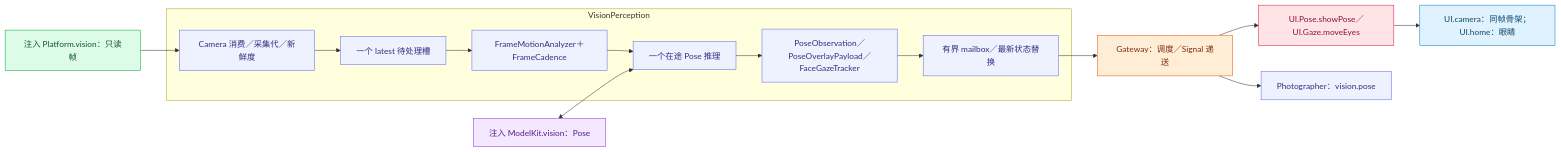
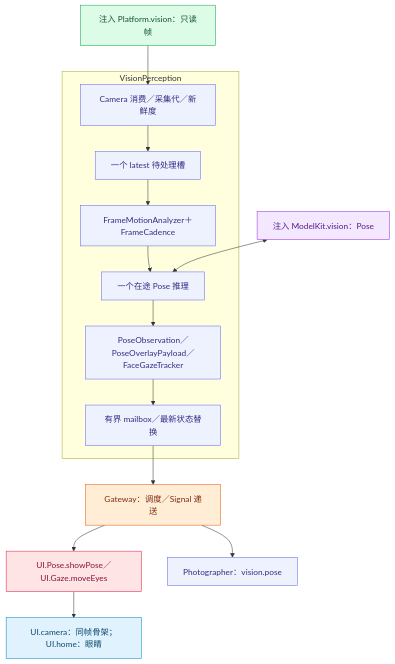
The second of 2 diagrams in MobileHarness/Agents/VisionPerception/README.md (devilyouwei/MobileHarness), drawn with Mermaid before and after one commit. The commit also changed 115 other files, not shown here.

````diff
--- a/MobileHarness/Agents/VisionPerception/README.md
+++ b/MobileHarness/Agents/VisionPerception/README.md
@@ -64,27 +64,27 @@
 ```mermaid
-flowchart LR
+flowchart TB
  P["注入 Platform.vision：只读帧"]:::platform
  M["注入 ModelKit.vision：Pose"]:::model
  subgraph Role["VisionPerception"]
  N["Camera 消费／采集代／新鲜度"]:::agent
  L["一个 latest 待处理槽"]:::agent
  C["FrameMotionAnalyzer＋FrameCadence"]:::agent
  I["一个在途 Pose 推理"]:::agent
  O["PoseObservation／PoseOverlayPayload／FaceGazeTracker"]:::agent
  Q["有界 mailbox／最新状态替换"]:::agent
  end
  P --> N --> L --> C --> I --> O --> Q
  M <--> I
  Q --> G["Gateway：调度／Signal 递送"]:::gateway
  G --> X["UI.Pose.showPose／UI.Gaze.moveEyes"]:::action
  X --> U["UI.camera：同帧骨架；UI.home：眼睛"]:::ui
  G --> PH["Photographer：vision.pose"]:::agent
  classDef ui fill:#e0f2fe,stroke:#0284c7,color:#0c4a6e
  classDef platform fill:#dcfce7,stroke:#16a34a,color:#14532d
  classDef model fill:#f3e8ff,stroke:#9333ea,color:#581c87
  classDef storage fill:#fef3c7,stroke:#d97706,color:#78350f
  classDef agent fill:#eef2ff,stroke:#6366f1,color:#312e81
  classDef gateway fill:#ffedd5,stroke:#ea580c,color:#7c2d12
  classDef action fill:#ffe4e6,stroke:#e11d48,color:#881337
  classDef host fill:#f1f5f9,stroke:#64748b,color:#334155
 ```
````
